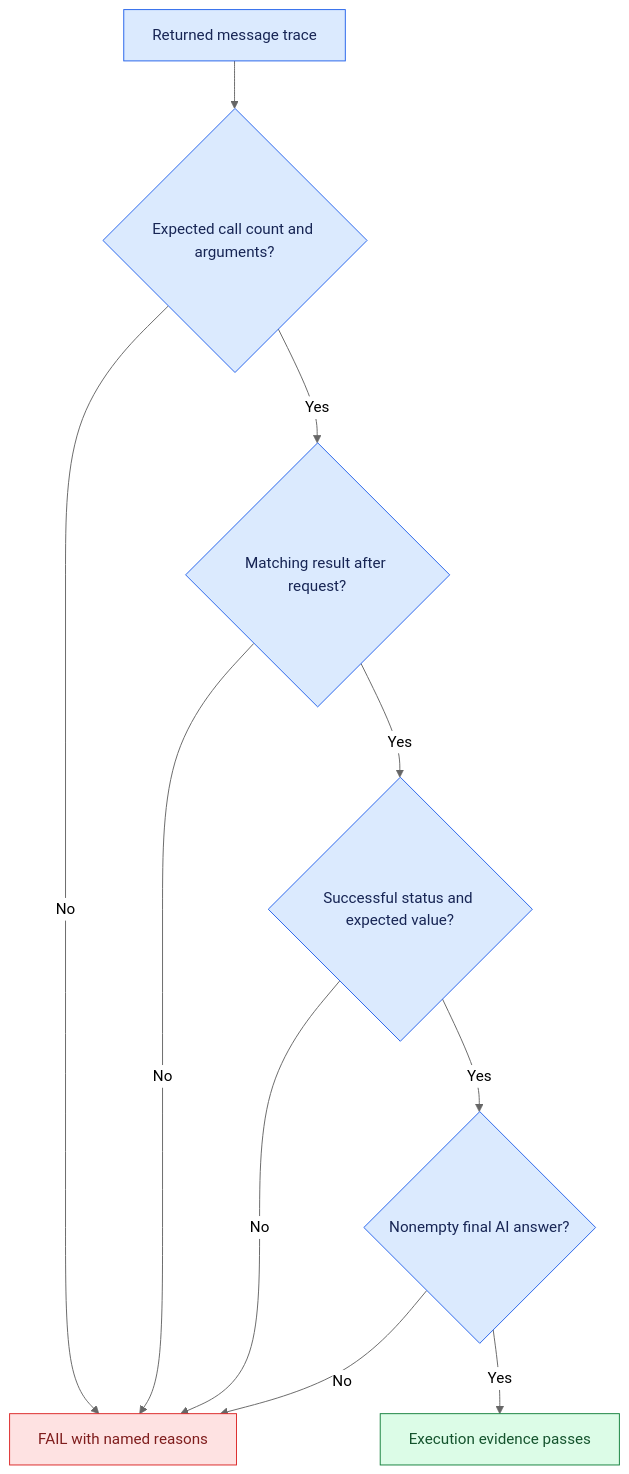
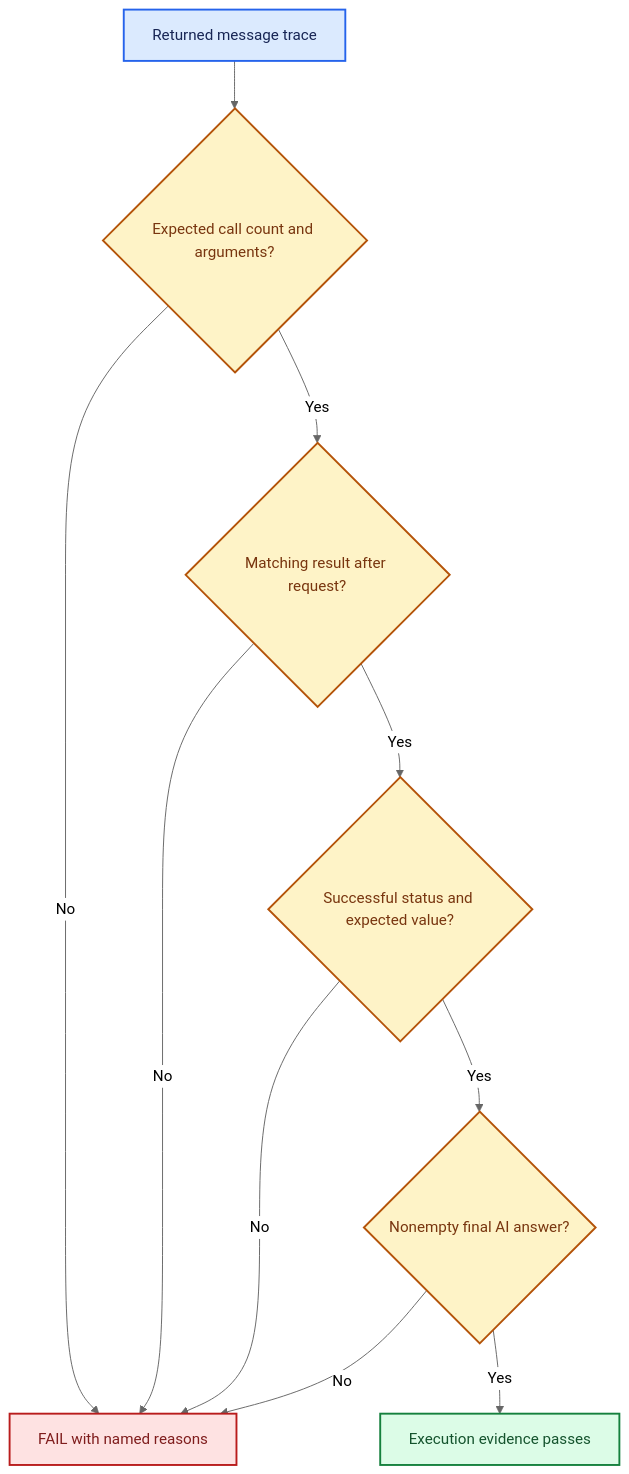
Before and after one commit to anne500/ai-agent-evaluation-harness: the diagram in docs/execution-validation.md, drawn with Mermaid (neutral theme).

Commit message:
Apply shared architecture colors and visual conventions

````diff
--- a/docs/execution-validation.md
+++ b/docs/execution-validation.md
@@ -33,18 +33,26 @@
 ```mermaid
 flowchart TD
     T["Returned message trace"] --> C{"Expected call count and arguments?"}
     C -->|No| F["FAIL with named reasons"]
     C -->|Yes| P{"Matching result after request?"}
     P -->|No| F
     P -->|Yes| V{"Successful status and expected value?"}
     V -->|No| F
     V -->|Yes| A{"Nonempty final AI answer?"}
     A -->|No| F
     A -->|Yes| S["Execution evidence passes"]
-    classDef blue fill:#DBEAFE,stroke:#2563EB,color:#172554
-    classDef red fill:#FEE2E2,stroke:#DC2626,color:#7F1D1D
-    classDef green fill:#DCFCE7,stroke:#15803D,color:#14532D
-    class T,C,P,V,A blue
-    class F red
-    class S green
+
+    %% Shared architecture palette: see VISUAL_STYLE.md
+    classDef default fill:#F8FAFC,stroke:#475569,color:#0F172A,stroke-width:2px;
+    classDef process fill:#DBEAFE,stroke:#2563EB,color:#172554,stroke-width:2px;
+    classDef model fill:#EDE9FE,stroke:#7C3AED,color:#3B0764,stroke-width:2px;
+    classDef store fill:#CCFBF1,stroke:#0F766E,color:#134E4A,stroke-width:2px;
+    classDef decision fill:#FEF3C7,stroke:#B45309,color:#78350F,stroke-width:2px;
+    classDef human fill:#FFEDD5,stroke:#C2410C,color:#7C2D12,stroke-width:2px;
+    classDef output fill:#DCFCE7,stroke:#15803D,color:#14532D,stroke-width:2px;
+    classDef failure fill:#FEE2E2,stroke:#B91C1C,color:#7F1D1D,stroke-width:2px;
+    class T process;
+    class C,P,V,A decision;
+    class S output;
+    class F failure;
 ```
````
